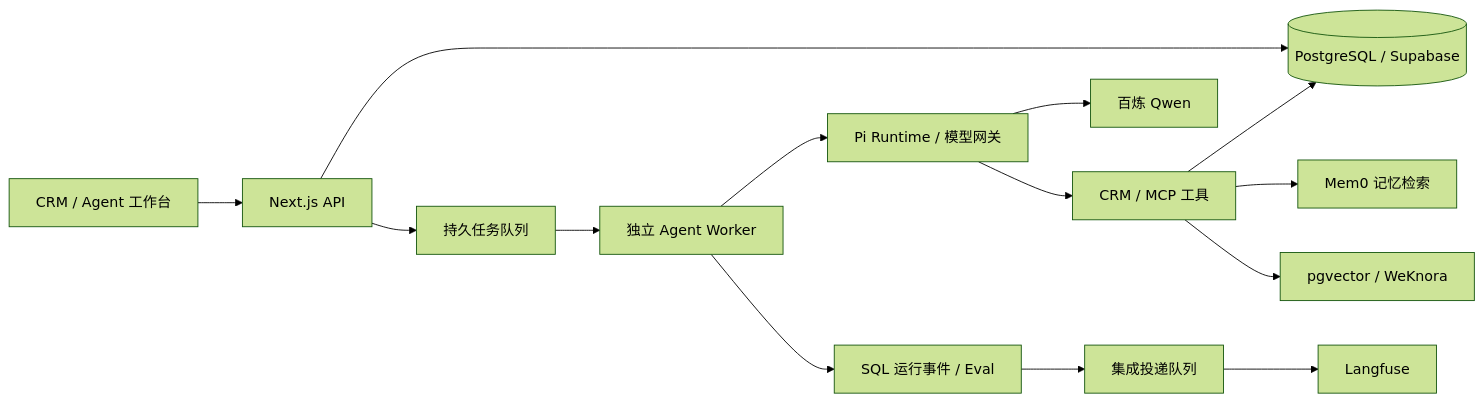
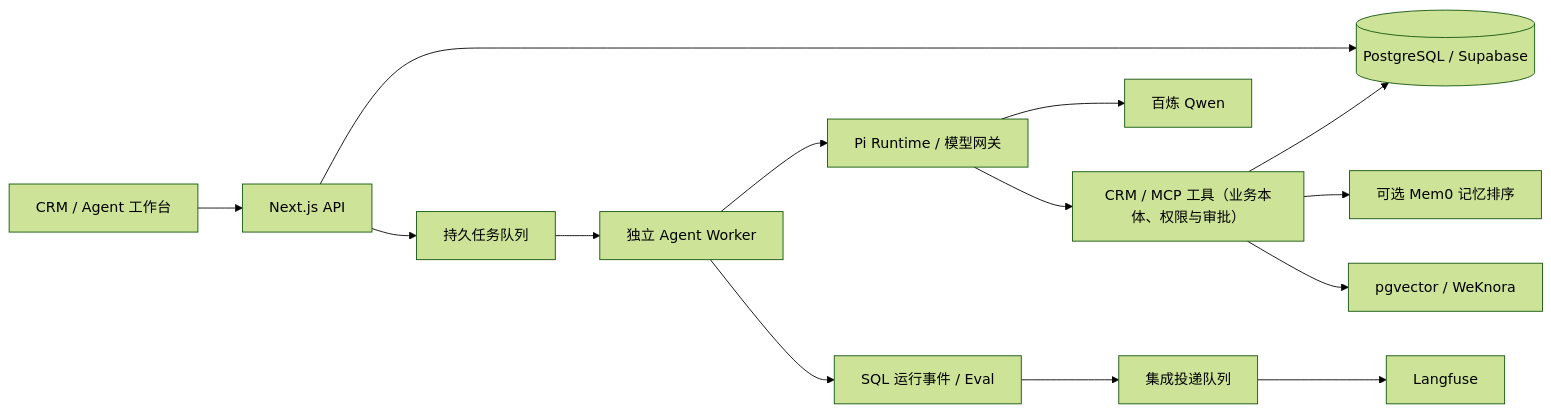
The diagram in README.md (tech-cove01/project-crm), drawn with Mermaid (forest theme) before and after one commit. The commit also changed other lines of this file, not shown here.

Commit message:
docs: update the CRM repository introduction

````diff
--- a/README.md
+++ b/README.md
@@ -53,16 +61,16 @@
 ```mermaid
 flowchart LR
     UI[CRM / Agent 工作台] --> API[Next.js API]
     API --> DB[(PostgreSQL / Supabase)]
     API --> Queue[持久任务队列]
     Queue --> Worker[独立 Agent Worker]
     Worker --> Pi[Pi Runtime / 模型网关]
     Pi --> LLM[百炼 Qwen]
-    Pi --> Tools[CRM / MCP 工具]
+    Pi --> Tools["CRM / MCP 工具（业务本体、权限与审批）"]
     Tools --> DB
-    Tools --> Memory[Mem0 记忆检索]
+    Tools --> Memory[可选 Mem0 记忆排序]
     Tools --> Knowledge[pgvector / WeKnora]
     Worker --> Events[SQL 运行事件 / Eval]
     Events --> Outbox[集成投递队列]
     Outbox --> Langfuse[Langfuse]
 ```
````
